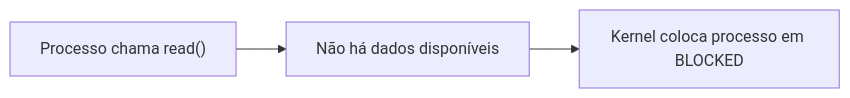
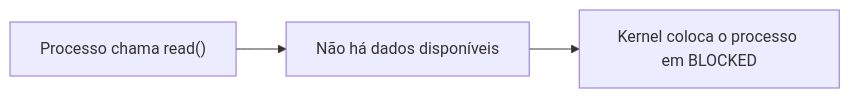
The second of 5 diagrams in docs/c/processos/introducao.md (lcsgborges/dev-notes), drawn with Mermaid before and after one commit. The commit also changed other lines of this file and 30 other files, not shown here.

````diff
--- a/docs/c/processos/introducao.md
+++ b/docs/c/processos/introducao.md
@@ -51,7 +53,7 @@
 ```mermaid
     flowchart LR
     A["Processo chama read()"]
     B[Não há dados disponíveis]
-    C[Kernel coloca processo em BLOCKED]
+    C[Kernel coloca o processo em BLOCKED]
     A --> B --> C
 ```
````
